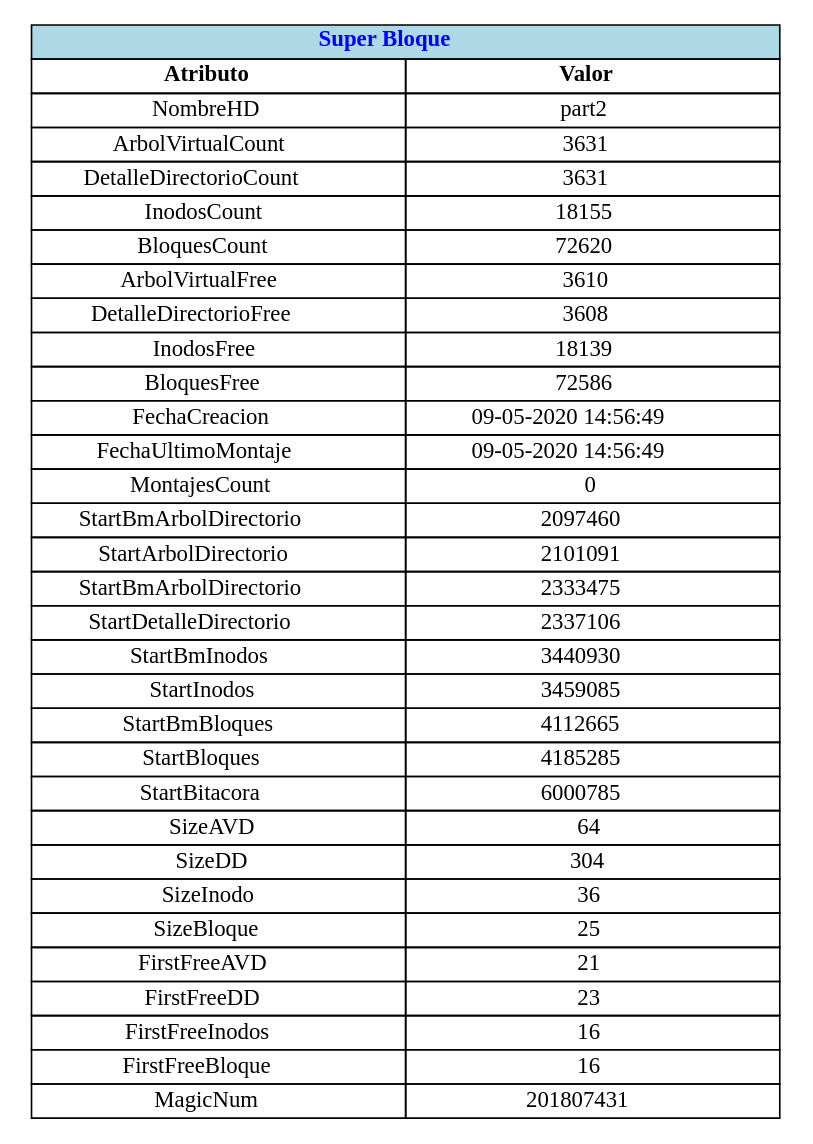
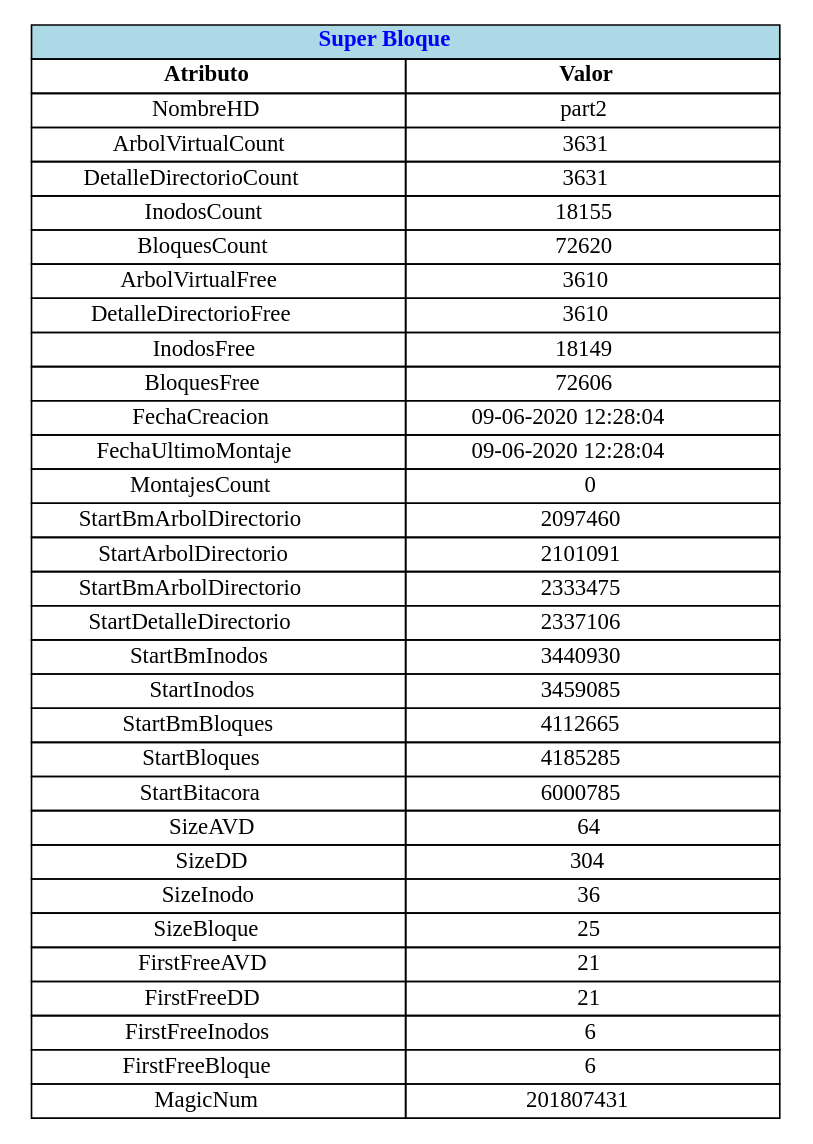
One commit to xJosee/SistemaArchivos changed the diagram in Reportes/graficaSuperBloque.dot. Above: the diagram before and after it, drawn with Graphviz. The commit also changed 6 other files, not shown here.

```diff
--- a/Reportes/graficaSuperBloque.dot
+++ b/Reportes/graficaSuperBloque.dot
@@ -1,39 +1,39 @@
 digraph G{ 
 node [shape=plaintext]
 tbl[
 label=<
 <table border='0' cellborder='1' cellspacing='0' width='300'  height='200' >
  <tr ><td colspan='2' bgcolor= 'lightblue' ><b><font color='blue'>Super Bloque</font></b></td></tr><tr>  <td width='230'> <b>Atributo</b> </td> <td width='230'> <b>Valor</b> </td>  </tr>
 <tr>  <td>NombreHD</td><td>part2</td>  </tr>
 <tr>  <td>ArbolVirtualCount</td><td>3631</td>  </tr>
 <tr>  <td>DetalleDirectorioCount</td><td>3631</td>  </tr>
 <tr>  <td>InodosCount</td><td>18155</td>  </tr>
 <tr>  <td>BloquesCount</td><td>72620</td>  </tr>
 <tr>  <td>ArbolVirtualFree</td><td>3610</td>  </tr>
-<tr>  <td>DetalleDirectorioFree</td><td>3608</td>  </tr>
-<tr>  <td>InodosFree</td><td>18139</td>  </tr>
-<tr>  <td>BloquesFree</td><td>72586</td>  </tr>
-<tr>  <td>FechaCreacion</td><td>09-05-2020 14:56:49</td>  </tr>
-<tr>  <td>FechaUltimoMontaje</td><td>09-05-2020 14:56:49</td>  </tr>
+<tr>  <td>DetalleDirectorioFree</td><td>3610</td>  </tr>
+<tr>  <td>InodosFree</td><td>18149</td>  </tr>
+<tr>  <td>BloquesFree</td><td>72606</td>  </tr>
+<tr>  <td>FechaCreacion</td><td>09-06-2020 12:28:04</td>  </tr>
+<tr>  <td>FechaUltimoMontaje</td><td>09-06-2020 12:28:04</td>  </tr>
 <tr>  <td>MontajesCount</td><td>0</td>  </tr>
 <tr>  <td>StartBmArbolDirectorio</td><td>2097460</td>  </tr>
 <tr>  <td>StartArbolDirectorio</td><td>2101091</td>  </tr>
 <tr>  <td>StartBmArbolDirectorio</td><td>2333475</td>  </tr>
 <tr>  <td>StartDetalleDirectorio</td><td>2337106</td>  </tr>
 <tr>  <td>StartBmInodos</td><td>3440930</td>  </tr>
 <tr>  <td>StartInodos</td><td>3459085</td>  </tr>
 <tr>  <td>StartBmBloques</td><td>4112665</td>  </tr>
 <tr>  <td>StartBloques</td><td>4185285</td>  </tr>
 <tr>  <td>StartBitacora</td><td>6000785</td>  </tr>
 <tr>  <td>SizeAVD</td><td>64</td>  </tr>
 <tr>  <td>SizeDD</td><td>304</td>  </tr>
 <tr>  <td>SizeInodo</td><td>36</td>  </tr>
 <tr>  <td>SizeBloque</td><td>25</td>  </tr>
 <tr>  <td>FirstFreeAVD</td><td>21</td>  </tr>
-<tr>  <td>FirstFreeDD</td><td>23</td>  </tr>
-<tr>  <td>FirstFreeInodos</td><td>16</td>  </tr>
-<tr>  <td>FirstFreeBloque</td><td>16</td>  </tr>
+<tr>  <td>FirstFreeDD</td><td>21</td>  </tr>
+<tr>  <td>FirstFreeInodos</td><td>6</td>  </tr>
+<tr>  <td>FirstFreeBloque</td><td>6</td>  </tr>
 <tr>  <td>MagicNum</td><td>201807431</td>  </tr>
 </table>
 >];
 }
```
